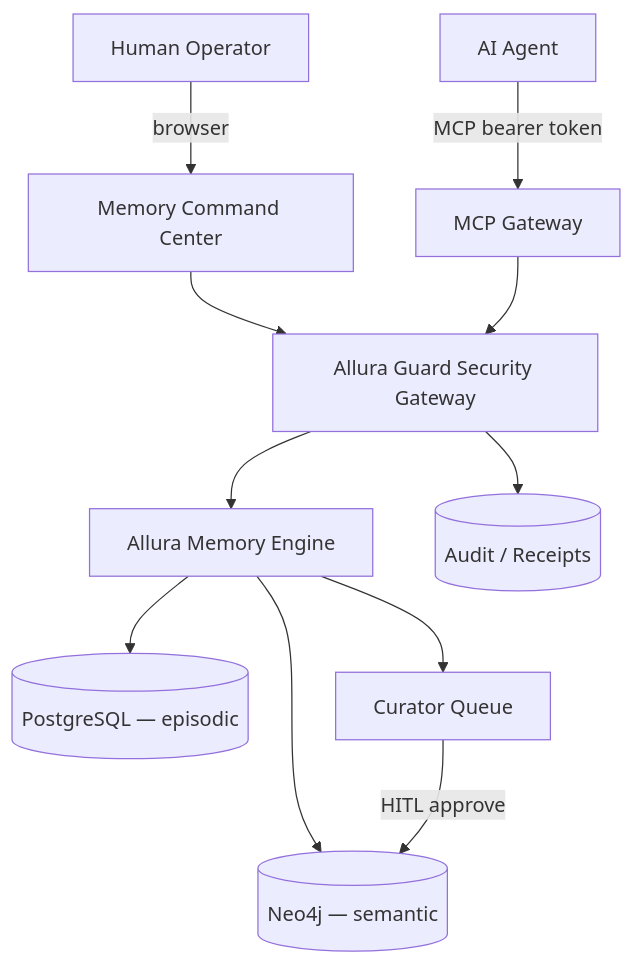
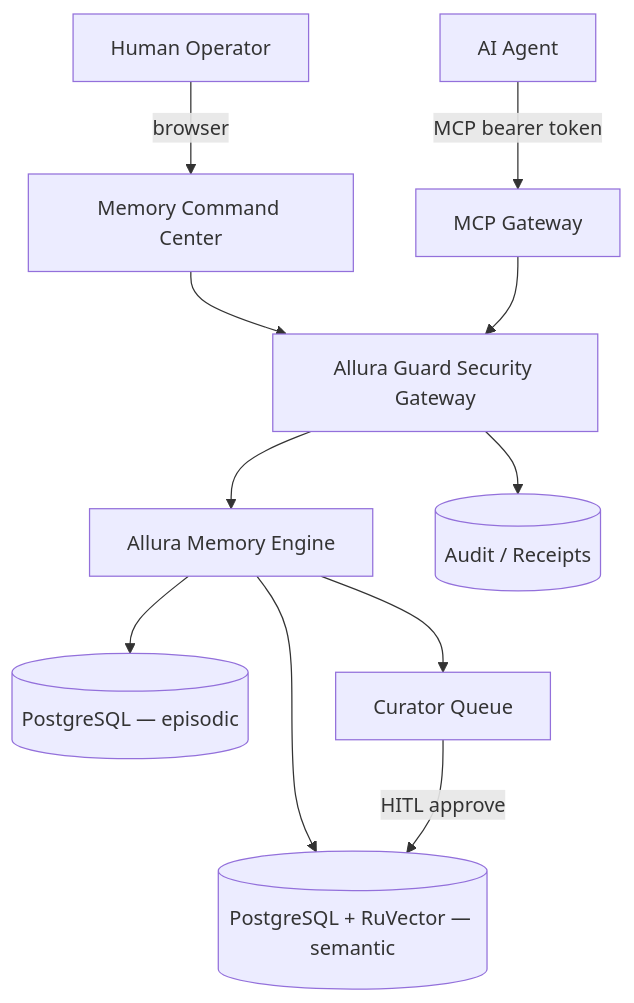
The first of 3 diagrams in docs/allura-hosted/BLUEPRINT.md (Allura-Ecosystem/Allura_Memory), drawn with Mermaid before and after one commit. The commit also changed other lines of this file and 414 other files, not shown here.

First line of the commit message:
chore: remove the retired graph backend from active Allura surfaces

````diff
--- a/docs/allura-hosted/BLUEPRINT.md
+++ b/docs/allura-hosted/BLUEPRINT.md
@@ -164,13 +164,13 @@
 ```mermaid
 graph TD
   H[Human Operator] -->|browser| CC[Memory Command Center]
   A[AI Agent] -->|MCP bearer token| GW[MCP Gateway]
   CC --> BB[Allura Guard Security Gateway]
   GW --> BB
   BB --> ME[Allura Memory Engine]
   ME --> PG[(PostgreSQL — episodic)]
-  ME --> NEO[(Neo4j — semantic)]
+  ME --> SEM[(PostgreSQL + RuVector — semantic)]
   ME --> CUR[Curator Queue]
   BB --> AUD[(Audit / Receipts)]
-  CUR -->|HITL approve| NEO
+  CUR -->|HITL approve| SEM
 ```
````
